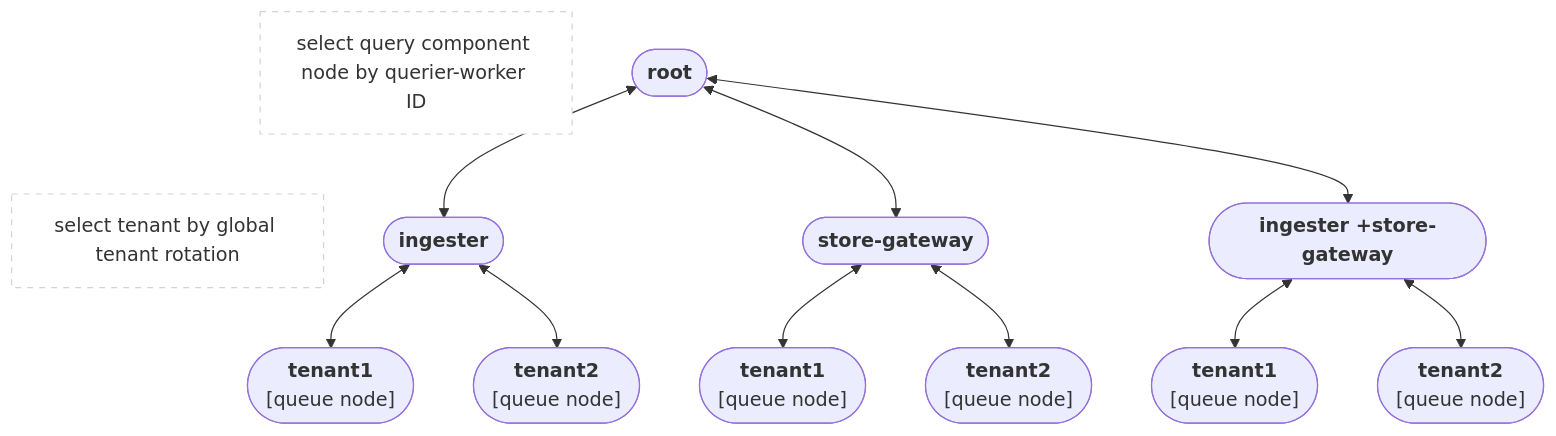
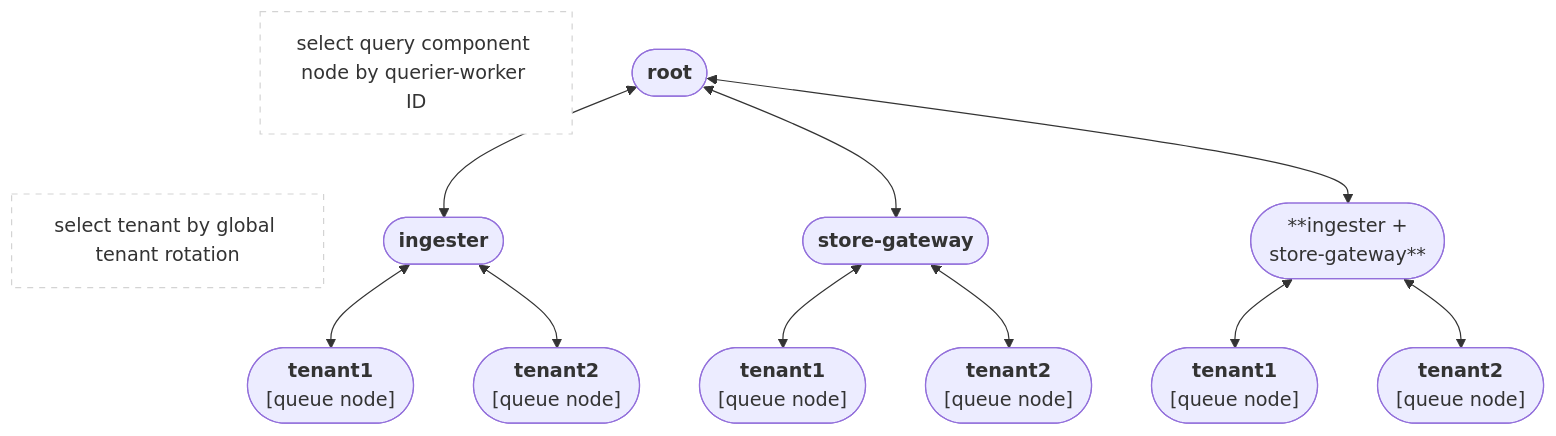
One commit to grafana/mimir changed the diagram in pkg/scheduler/DESIGN.md. Above: the diagram before and after it, drawn with Mermaid. The commit also changed other lines of this file, not shown here.

Commit message:
fix headers and further simplify diagram

````diff
--- a/pkg/scheduler/DESIGN.md
+++ b/pkg/scheduler/DESIGN.md
@@ -33,68 +33,70 @@
 ```mermaid
 %%{init: {"flowchart": {"htmlLabels": false}} }%%
 
 graph TB
     queryComponentAlgo["`
        select query component node by querier-worker ID
     `"]
     style queryComponentAlgo fill:white,stroke:lightgray,stroke-dasharray:5
 
 
     root(["`**root**
 
     `"])
 
     root~~~tenandShardAlgo["
         select tenant by global tenant rotation
     "]
 
     style tenandShardAlgo fill:white,stroke:lightgray,stroke-dasharray:5
 
     ingester(["`**ingester**`"])
     storeGateway(["`**store-gateway**`"])
 
-    both(["`**ingester +store-gateway**`"])
+    both(["`**ingester +
+
+    store-gateway**`"])
 
     root<-->ingester
     root<-->storeGateway
     root<-->both
 
     ingester-tenant1(["`**tenant1**
 
     [queue node]
     `"])
     ingester-tenant2(["`**tenant2**
 
     [queue node]
     `"])
 
     storeGateway-tenant1(["`**tenant1**
 
     [queue node]
     `"])
     storeGateway-tenant2(["`**tenant2**
 
     [queue node]
     `"])
 
     both-tenant1(["`**tenant1**
 
     [queue node]
     `"])
     both-tenant2(["`**tenant2**
 
     [queue node]
     `"])
 
     ingester<-->ingester-tenant1
     ingester<-->ingester-tenant2
 
 
     storeGateway<-->storeGateway-tenant1
     storeGateway<-->storeGateway-tenant2
 
     both<-->both-tenant1
     both<-->both-tenant2
 
 
 ```
````
